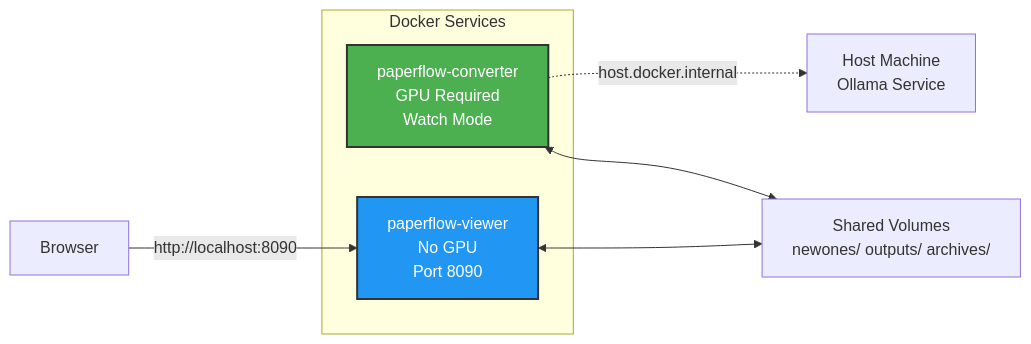
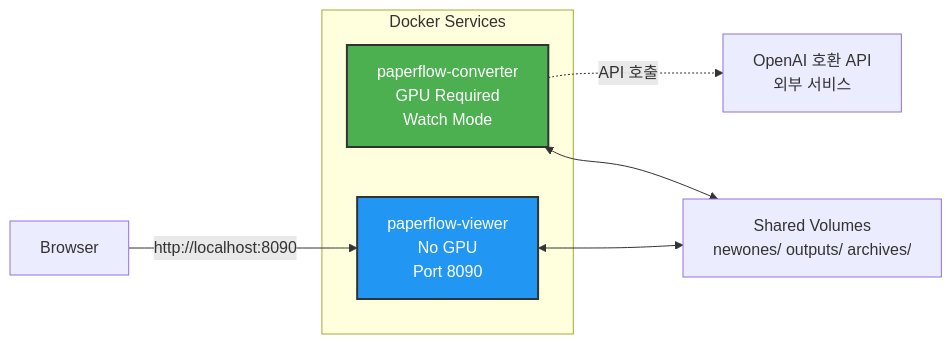
The seventh of 7 diagrams in README.md (restful3/paperflow), drawn with Mermaid before and after one commit. The commit also changed other lines of this file and 16 other files, not shown here.

````diff
--- a/README.md
+++ b/README.md
@@ -684,19 +686,19 @@
 ```mermaid
 graph LR
     subgraph "Docker Services"
         Conv[paperflow-converter<br/>GPU Required<br/>Watch Mode]
         View[paperflow-viewer<br/>No GPU<br/>Port 8090]
     end
 
-    Host[Host Machine<br/>Ollama Service]
     Vols[Shared Volumes<br/>newones/ outputs/ archives/]
+    API[OpenAI 호환 API<br/>외부 서비스]
 
-    Conv -.->|host.docker.internal| Host
+    Conv -.->|API 호출| API
     Conv <--> Vols
     View <--> Vols
 
     Browser[Browser] -->|http://localhost:8090| View
 
     style Conv fill:#4CAF50,stroke:#333,stroke-width:2px,color:#fff
     style View fill:#2196F3,stroke:#333,stroke-width:2px,color:#fff
 ```
````
